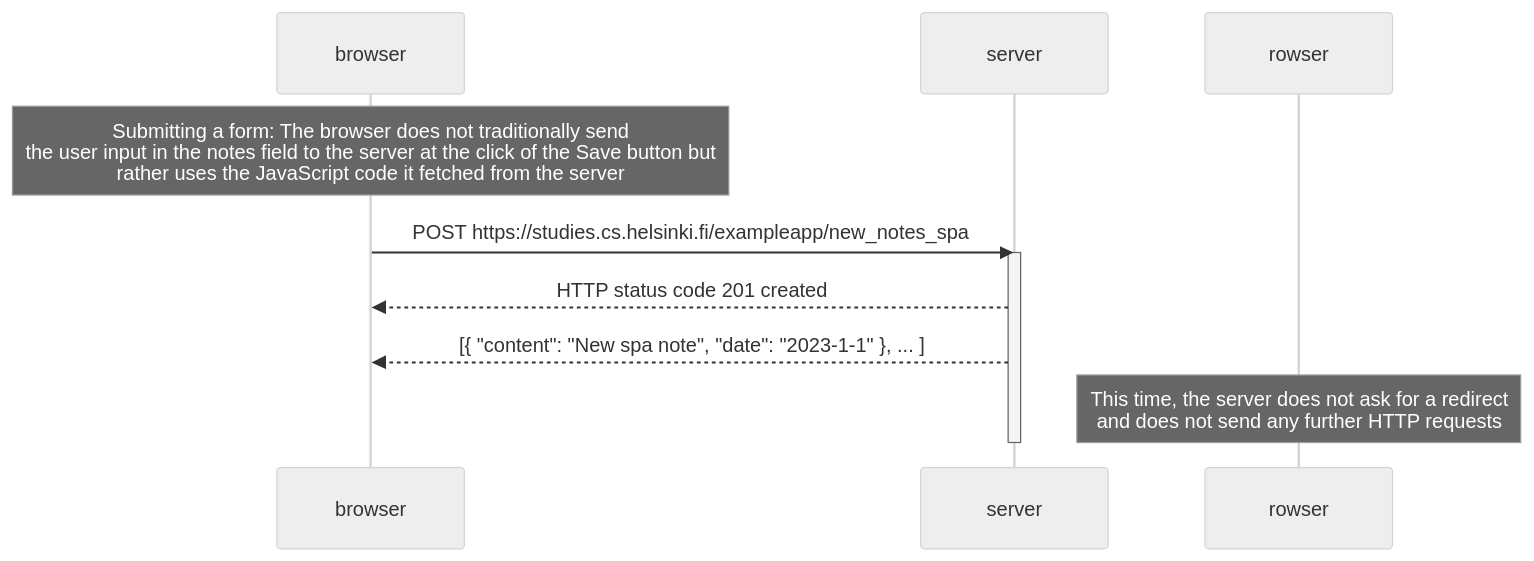
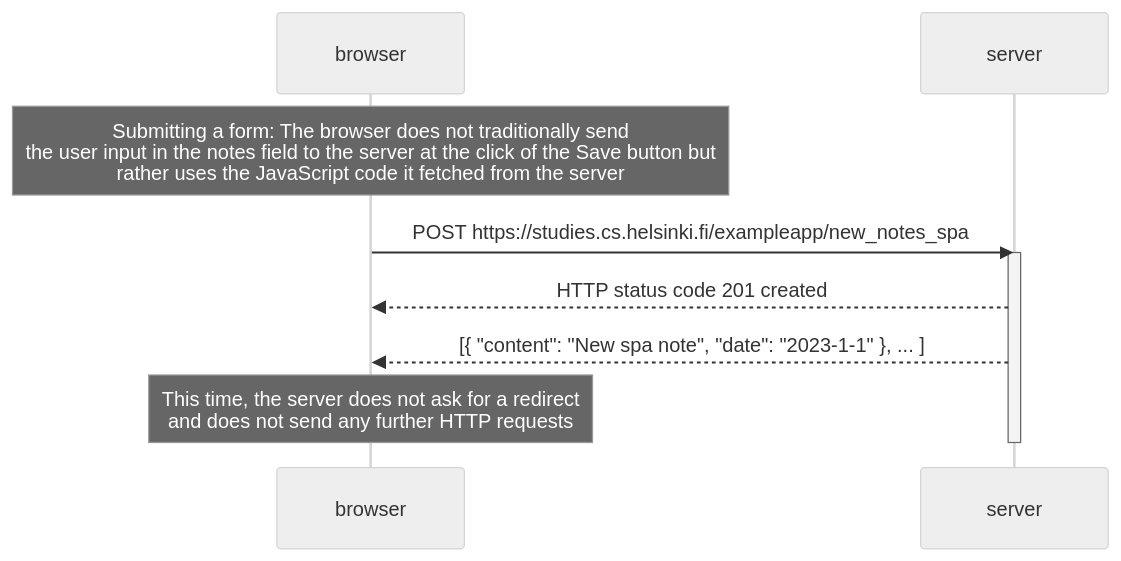
The diagram in part0/newNoteInSpaDiagram.md (CeeJayyy007/fullstackopen), drawn with Mermaid (neutral theme) before and after one commit.

````diff
--- a/part0/newNoteInSpaDiagram.md
+++ b/part0/newNoteInSpaDiagram.md
@@ -3,15 +3,15 @@
 ```mermaid
 sequenceDiagram
     participant browser
     participant server
     
     Note over browser: Submitting a form: The browser does not traditionally send <br/>the user input in the notes field to the server at the click of the Save button but <br/>rather uses the JavaScript code it fetched from the server
     
     browser->>server: POST https://studies.cs.helsinki.fi/exampleapp/new_notes_spa 
     activate server
 
     server-->>browser: HTTP status code 201 created
     server-->>browser: [{ "content": "New spa note", "date": "2023-1-1" }, ... ]
-    Note over rowser: This time, the server does not ask for a redirect <br/>and does not send any further HTTP requests
+    Note over browser: This time, the server does not ask for a redirect <br/>and does not send any further HTTP requests
     deactivate server
 ```
````
